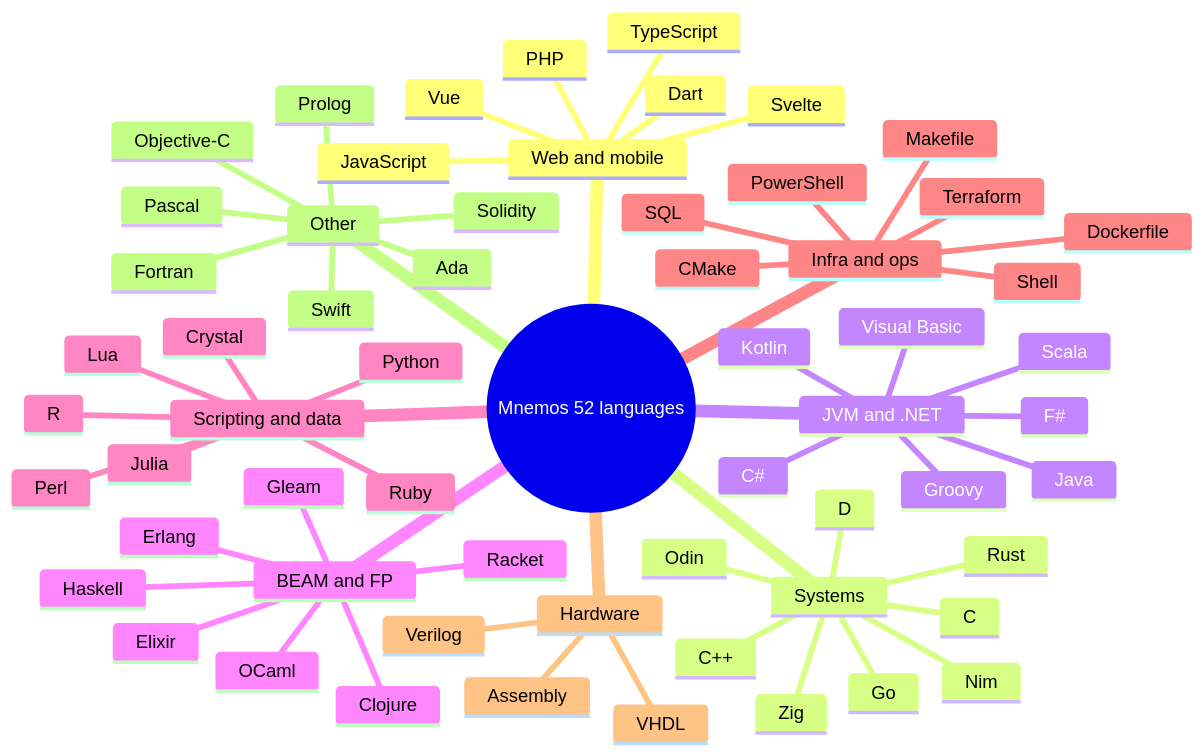
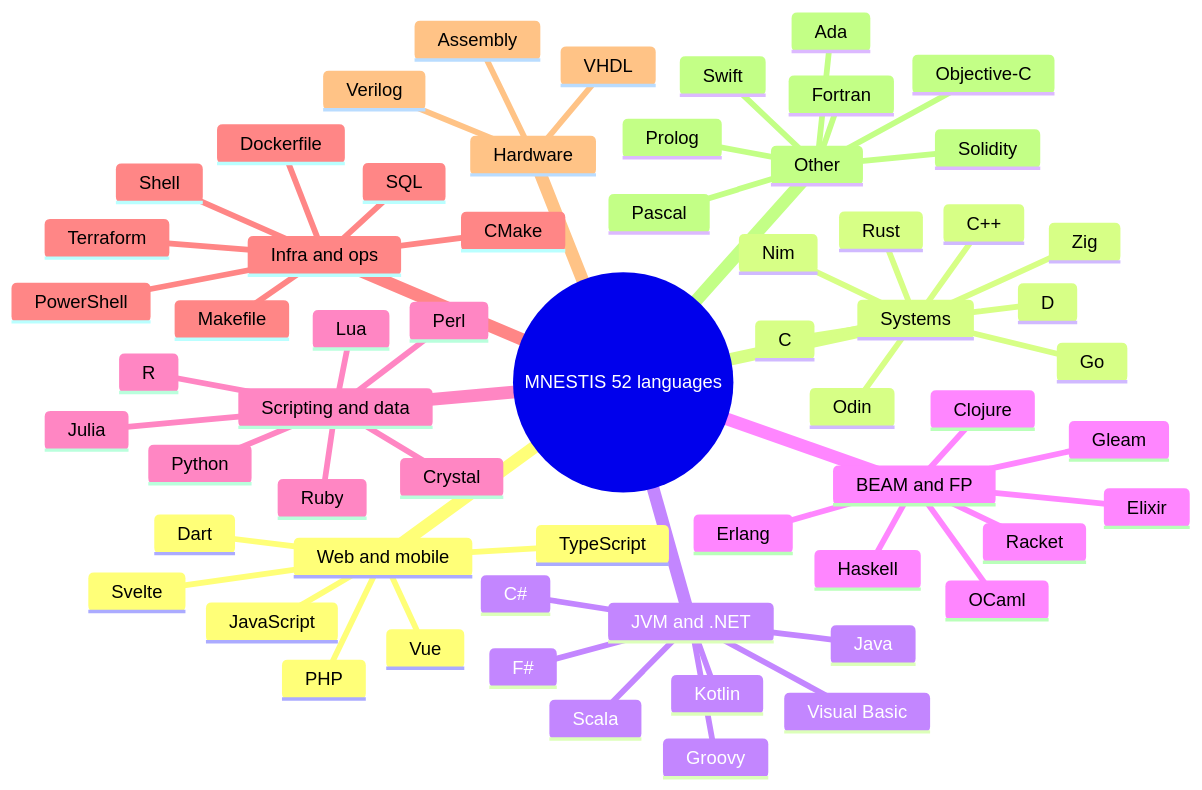
The fourth of 4 diagrams in docs/GRAPHS.md (bitreonx/Mnestis), drawn with Mermaid before and after one commit. The commit also changed other lines of this file and 109 other files, not shown here.

First line of the commit message:
Rebrand mnemos to Mnestis — npm package, CLI, docs, and website.

````diff
--- a/docs/GRAPHS.md
+++ b/docs/GRAPHS.md
@@ -108,64 +108,64 @@
 ```mermaid
 mindmap
-  root((Mnemos 52 languages))
+  root((MNESTIS 52 languages))
     Web and mobile
       TypeScript
       JavaScript
       Vue
       Svelte
       Dart
       PHP
     Systems
       C
       C++
       Rust
       Go
       Zig
       Nim
       Odin
       D
     JVM and .NET
       Java
       Kotlin
       Scala
       Groovy
       C#
       F#
       Visual Basic
     BEAM and FP
       Elixir
       Erlang
       Haskell
       OCaml
       Clojure
       Gleam
       Racket
     Scripting and data
       Python
       Ruby
       Perl
       Lua
       R
       Julia
       Crystal
     Infra and ops
       Terraform
       Dockerfile
       Shell
       PowerShell
       CMake
       Makefile
       SQL
     Hardware
       VHDL
       Verilog
       Assembly
     Other
       Swift
       Objective-C
       Solidity
       Fortran
       Ada
       Prolog
       Pascal
 ```
````
